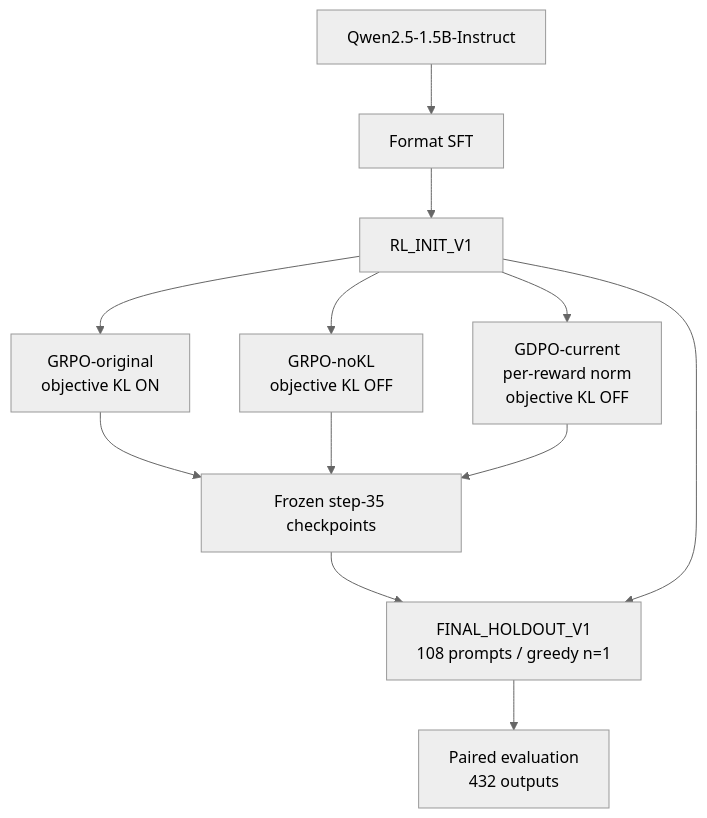
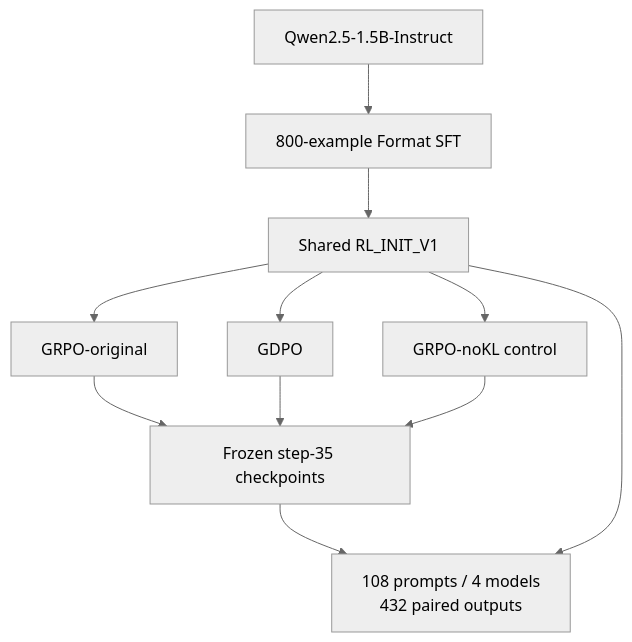
Before and after one commit to Kk111777/ToolPostTrain: the diagram in README.md, drawn with Mermaid (neutral theme). The commit also changed other lines of this file and 5 other files, not shown here.

````diff
--- a/README.md
+++ b/README.md
@@ -55,14 +42,13 @@
 ```mermaid
 flowchart TD
-    Base["Qwen2.5-1.5B-Instruct"] --> SFT["Format SFT"]
-    SFT --> Init["RL_INIT_V1"]
-    Init --> Original["GRPO-original<br/>objective KL ON"]
-    Init --> NoKL["GRPO-noKL<br/>objective KL OFF"]
-    Init --> GDPO["GDPO-current<br/>per-reward norm<br/>objective KL OFF"]
+    Base["Qwen2.5-1.5B-Instruct"] --> SFT["800-example Format SFT"]
+    SFT --> Init["Shared RL_INIT_V1"]
+    Init --> Original["GRPO-original"]
+    Init --> GDPO["GDPO"]
+    Init --> NoKL["GRPO-noKL control"]
     Original --> Frozen["Frozen step-35 checkpoints"]
+    GDPO --> Frozen
     NoKL --> Frozen
-    GDPO --> Frozen
-    Frozen --> Eval["FINAL_HOLDOUT_V1<br/>108 prompts / greedy n=1"]
+    Frozen --> Eval["108 prompts / 4 models<br/>432 paired outputs"]
     Init --> Eval
-    Eval --> Paired["Paired evaluation<br/>432 outputs"]
 ```
````
